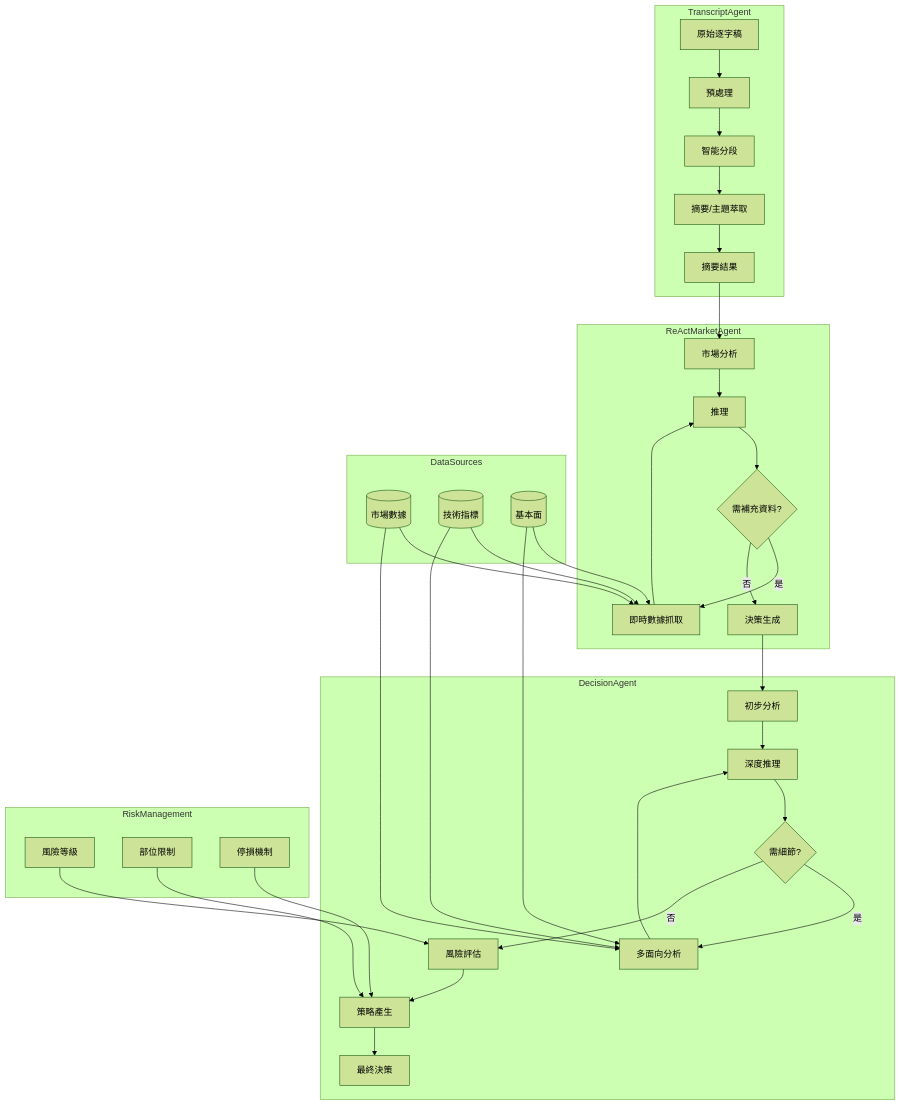
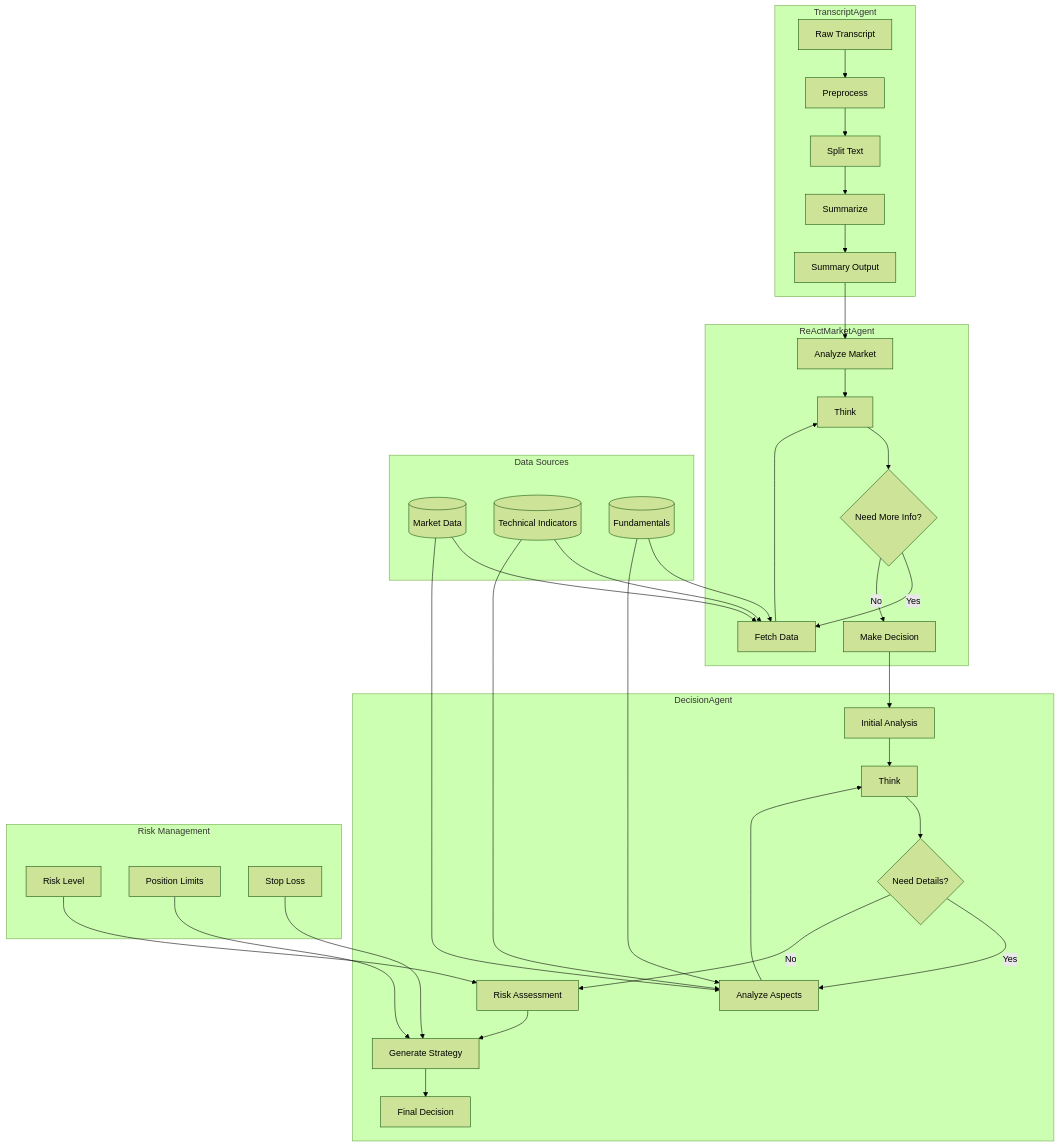
The diagram in README.md (andrew76214/Agents4Financial), drawn with Mermaid (forest theme) before and after one commit. The commit also changed other lines of this file, not shown here.

````diff
--- a/README.md
+++ b/README.md
@@ -18,44 +18,44 @@
 ```mermaid
 graph TB
     subgraph TranscriptAgent
-        A[原始逐字稿] --> B[預處理]
-        B --> C[智能分段]
-        C --> D[摘要/主題萃取]
-        D --> E[摘要結果]
+        A[Raw Transcript] --> B[Preprocess]
+        B --> C[Split Text]
+        C --> D[Summarize]
+        D --> E[Summary Output]
     end
 
     subgraph ReActMarketAgent
-        E --> F[市場分析]
-        F --> G[推理]
-        G --> H{需補充資料?}
-        H -->|是| I[即時數據抓取]
+        E --> F[Analyze Market]
+        F --> G[Think]
+        G --> H{Need More Info?}
+        H -->|Yes| I[Fetch Data]
         I --> G
-        H -->|否| J[決策生成]
+        H -->|No| J[Make Decision]
     end
 
     subgraph DecisionAgent
-        J --> K[初步分析]
-        K --> L[深度推理]
-        L --> M{需細節?}
-        M -->|是| N[多面向分析]
+        J --> K[Initial Analysis]
+        K --> L[Think]
+        L --> M{Need Details?}
+        M -->|Yes| N[Analyze Aspects]
         N --> L
-        M -->|否| O[風險評估]
-        O --> P[策略產生]
-        P --> Q[最終決策]
+        M -->|No| O[Risk Assessment]
+        O --> P[Generate Strategy]
+        P --> Q[Final Decision]
     end
 
-    subgraph DataSources
-        R[(市場數據)] --> I
+    subgraph Data Sources
+        R[(Market Data)] --> I
         R --> N
-        S[(技術指標)] --> I
+        S[(Technical Indicators)] --> I
         S --> N
-        T[(基本面)] --> I
+        T[(Fundamentals)] --> I
         T --> N
     end
 
-    subgraph RiskManagement
-        U[風險等級] --> O
-        V[部位限制] --> P
-        W[停損機制] --> P
+    subgraph Risk Management
+        U[Risk Level] --> O
+        V[Position Limits] --> P
+        W[Stop Loss] --> P
     end
 ```
````
